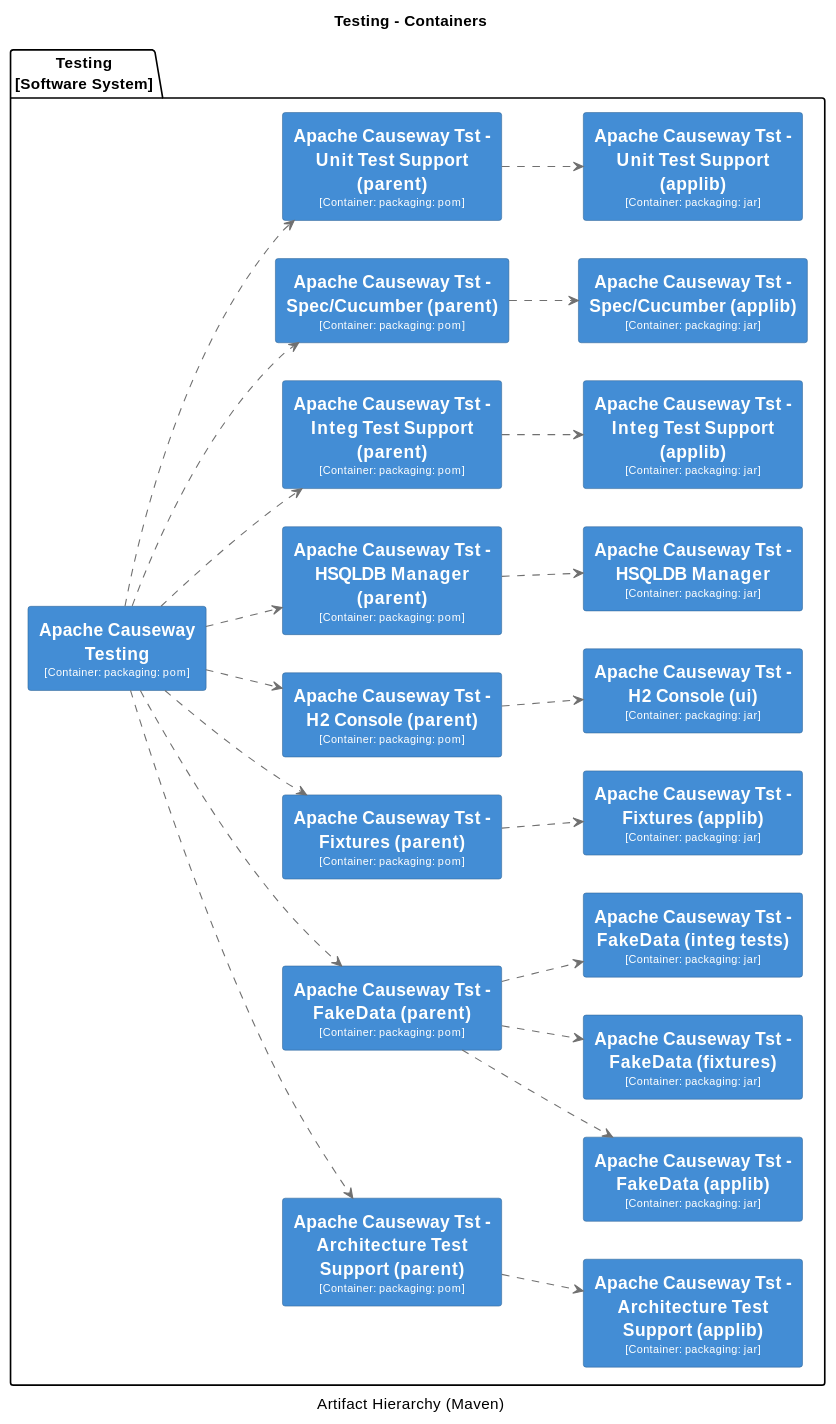
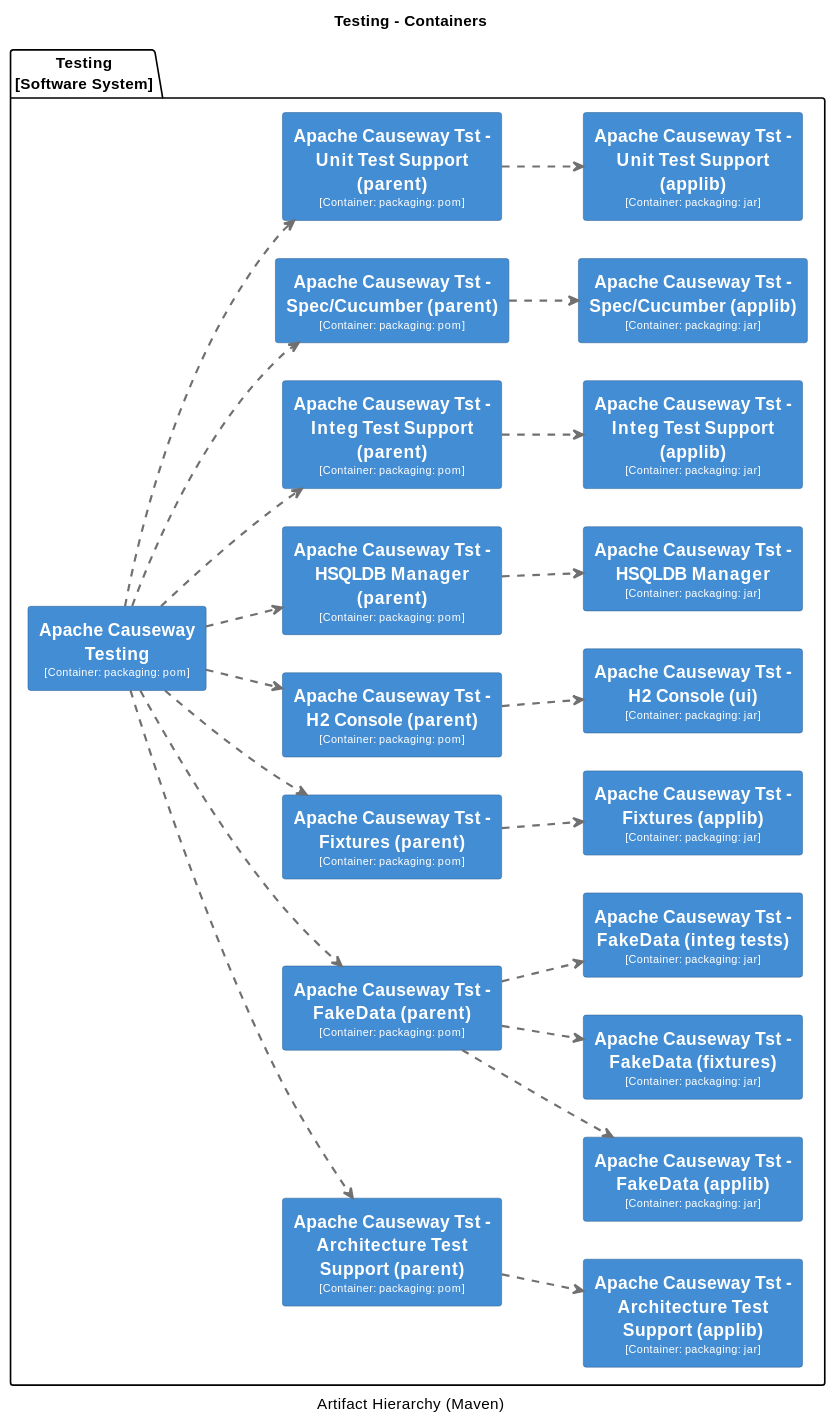
One commit to apache/causeway changed the third of 31 diagrams in core/adoc/modules/_overview/pages/about.adoc. Above: the diagram before and after it, drawn with PlantUML. The commit also changed other lines of this file and 44 other files, not shown here.

```diff
--- a/core/adoc/modules/_overview/pages/about.adoc
+++ b/core/adoc/modules/_overview/pages/about.adoc
@@ -143,97 +143,97 @@
 skinparam rectangle<<11>> {
   BackgroundColor #438dd5
   FontColor #fffffe
-  BorderColor #2E6295
+  BorderColor #2e6295
 }
 skinparam rectangle<<12>> {
   BackgroundColor #438dd5
   FontColor #fffffe
-  BorderColor #2E6295
+  BorderColor #2e6295
 }
 skinparam rectangle<<13>> {
   BackgroundColor #438dd5
   FontColor #fffffe
-  BorderColor #2E6295
+  BorderColor #2e6295
 }
 skinparam rectangle<<14>> {
   BackgroundColor #438dd5
   FontColor #fffffe
-  BorderColor #2E6295
+  BorderColor #2e6295
 }
 skinparam rectangle<<15>> {
   BackgroundColor #438dd5
   FontColor #fffffe
-  BorderColor #2E6295
+  BorderColor #2e6295
 }
 skinparam rectangle<<16>> {
   BackgroundColor #438dd5
   FontColor #fffffe
-  BorderColor #2E6295
+  BorderColor #2e6295
 }
 skinparam rectangle<<17>> {
   BackgroundColor #438dd5
   FontColor #fffffe
-  BorderColor #2E6295
+  BorderColor #2e6295
 }
 skinparam rectangle<<18>> {
   BackgroundColor #438dd5
   FontColor #fffffe
-  BorderColor #2E6295
+  BorderColor #2e6295
 }
 skinparam rectangle<<19>> {
   BackgroundColor #438dd5
   FontColor #fffffe
-  BorderColor #2E6295
+  BorderColor #2e6295
 }
 skinparam rectangle<<2>> {
   BackgroundColor #438dd5
   FontColor #fffffe
-  BorderColor #2E6295
+  BorderColor #2e6295
 }
 skinparam rectangle<<3>> {
   BackgroundColor #438dd5
   FontColor #fffffe
-  BorderColor #2E6295
+  BorderColor #2e6295
 }
 skinparam rectangle<<4>> {
   BackgroundColor #438dd5
   FontColor #fffffe
-  BorderColor #2E6295
+  BorderColor #2e6295
 }
 skinparam rectangle<<5>> {
   BackgroundColor #438dd5
   FontColor #fffffe
-  BorderColor #2E6295
+  BorderColor #2e6295
 }
 skinparam rectangle<<6>> {
   BackgroundColor #438dd5
   FontColor #fffffe
-  BorderColor #2E6295
+  BorderColor #2e6295
 }
 skinparam rectangle<<7>> {
   BackgroundColor #438dd5
   FontColor #fffffe
-  BorderColor #2E6295
+  BorderColor #2e6295
 }
 skinparam rectangle<<8>> {
   BackgroundColor #438dd5
   FontColor #fffffe
-  BorderColor #2E6295
+  BorderColor #2e6295
 }
 skinparam rectangle<<9>> {
   BackgroundColor #438dd5
   FontColor #fffffe
-  BorderColor #2E6295
+  BorderColor #2e6295
 }
 skinparam rectangle<<20>> {
   BackgroundColor #438dd5
   FontColor #fffffe
-  BorderColor #2E6295
+  BorderColor #2e6295
 }
 skinparam rectangle<<10>> {
   BackgroundColor #438dd5
   FontColor #fffffe
-  BorderColor #2E6295
+  BorderColor #2e6295
 }
 package "Testing\n[Software System]" {
   rectangle "==Apache Causeway Testing\n<size:10>[Container: packaging: pom]</size>" <<2>> as 2
@@ -256,23 +256,23 @@
   rectangle "==Apache Causeway Tst - Unit Test Support (applib)\n<size:10>[Container: packaging: jar]</size>" <<20>> as 20
   rectangle "==Apache Causeway Tst - Unit Test Support (parent)\n<size:10>[Container: packaging: pom]</size>" <<19>> as 19
 }
-2 .[#707070].> 3 : ""
-2 .[#707070].> 5 : ""
-2 .[#707070].> 9 : ""
-2 .[#707070].> 11 : ""
-2 .[#707070].> 13 : ""
-2 .[#707070].> 15 : ""
-2 .[#707070].> 17 : ""
-2 .[#707070].> 19 : ""
-3 .[#707070].> 4 : ""
-5 .[#707070].> 6 : ""
-5 .[#707070].> 7 : ""
-5 .[#707070].> 8 : ""
-9 .[#707070].> 10 : ""
-11 .[#707070].> 12 : ""
-13 .[#707070].> 14 : ""
-15 .[#707070].> 16 : ""
-17 .[#707070].> 18 : ""
-19 .[#707070].> 20 : ""
+2 .[#707070,thickness=2].> 3 : ""
+2 .[#707070,thickness=2].> 5 : ""
+2 .[#707070,thickness=2].> 9 : ""
+2 .[#707070,thickness=2].> 11 : ""
+2 .[#707070,thickness=2].> 13 : ""
+2 .[#707070,thickness=2].> 15 : ""
+2 .[#707070,thickness=2].> 17 : ""
+2 .[#707070,thickness=2].> 19 : ""
+3 .[#707070,thickness=2].> 4 : ""
+5 .[#707070,thickness=2].> 6 : ""
+5 .[#707070,thickness=2].> 7 : ""
+5 .[#707070,thickness=2].> 8 : ""
+9 .[#707070,thickness=2].> 10 : ""
+11 .[#707070,thickness=2].> 12 : ""
+13 .[#707070,thickness=2].> 14 : ""
+15 .[#707070,thickness=2].> 16 : ""
+17 .[#707070,thickness=2].> 18 : ""
+19 .[#707070,thickness=2].> 20 : ""
 @enduml
 ----
```
